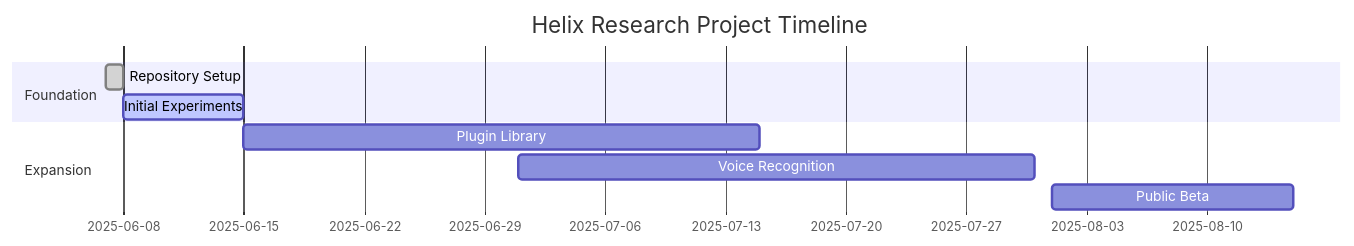
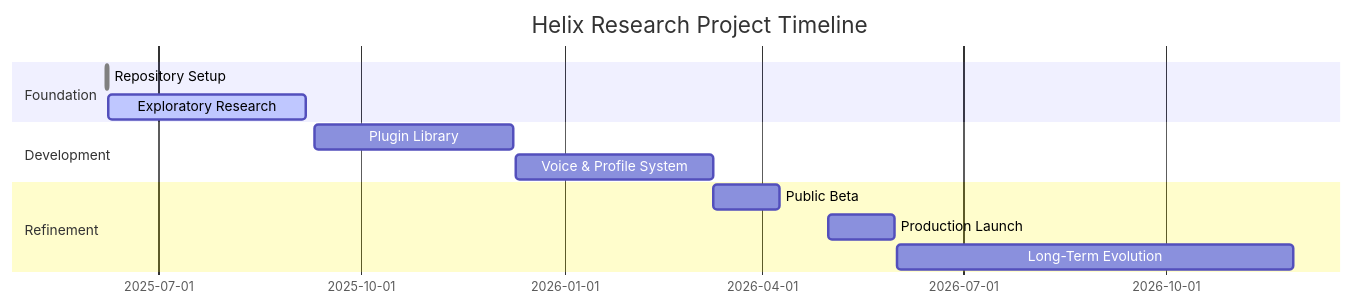
The diagram in docs/About-The-Project/Grand_Vision.md (Sinless777/Helix), drawn with Mermaid before and after one commit. The commit also changed other lines of this file and 9 other files, not shown here.

````diff
--- a/docs/About-The-Project/Grand_Vision.md
+++ b/docs/About-The-Project/Grand_Vision.md
@@ -11,12 +11,15 @@
 ```mermaid
 gantt
     title Helix Research Project Timeline
     dateFormat  YYYY-MM-DD
     section Foundation
     Repository Setup       :done,    milestone1, 2025-06-07, 1d
-    Initial Experiments    :active,  exp1,       2025-06-08, 7d
-    section Expansion
-    Plugin Library         :         plugin,     2025-06-15, 30d
-    Voice Recognition      :         voice,      2025-07-01, 30d
-    Public Beta            :         beta,       2025-08-01, 14d
+    Exploratory Research   :active,  exp1,       2025-06-08, 90d
+    section Development
+    Plugin Library         :         plugin,     2025-09-10, 90d
+    Voice & Profile System :         voice,      2025-12-10, 90d
+    section Refinement
+    Public Beta            :         beta,       2026-03-10, 30d
+    Production Launch      :         launch,     2026-05-01, 30d
+    Long-Term Evolution    :         evolve,     2026-06-01, 180d
 ```
````
